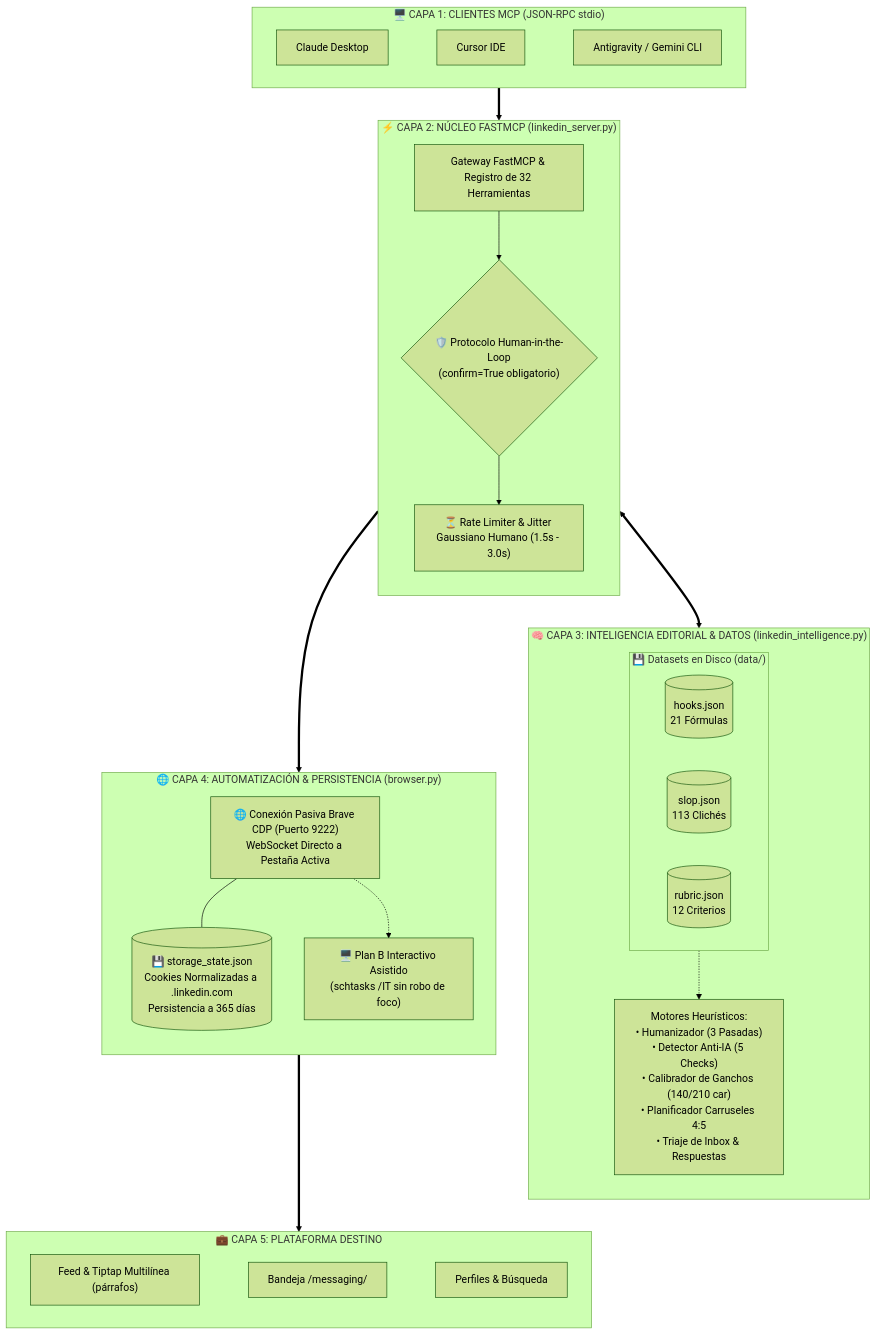
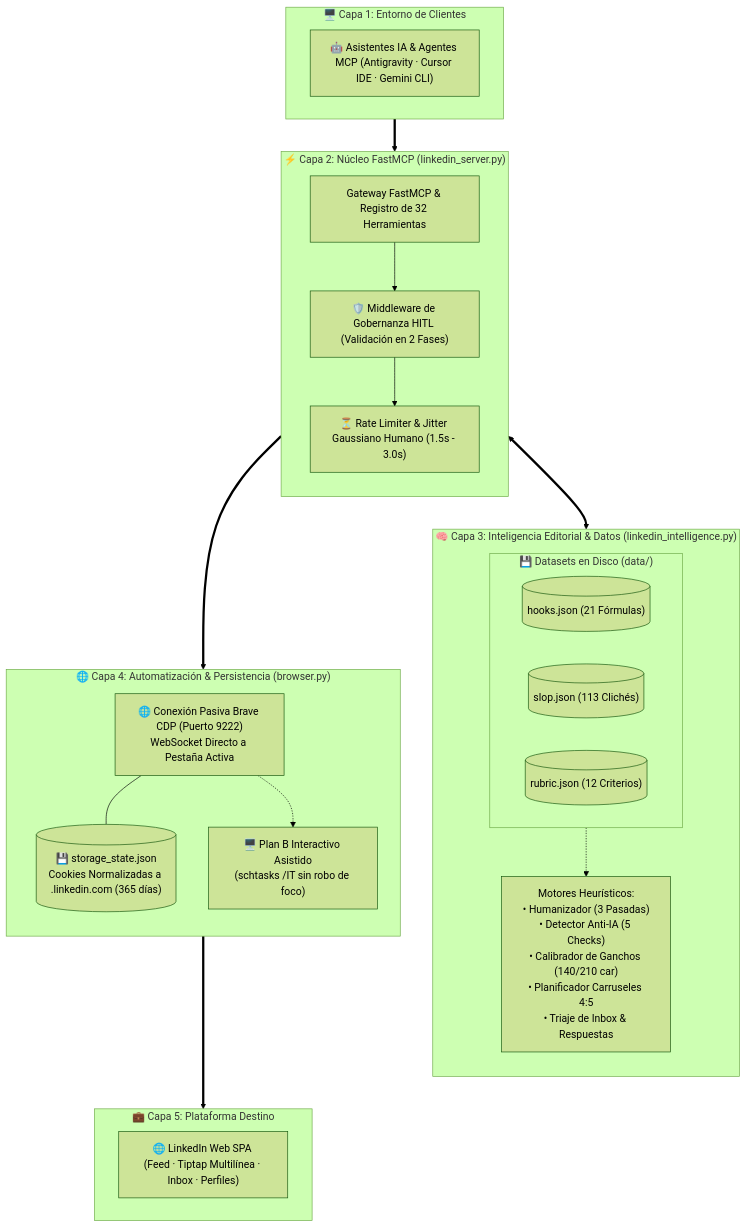
One commit to solari21/mcp-linkedin changed the first of 3 diagrams in GUIA_USO.md. Above: the diagram before and after it, drawn with Mermaid (forest theme). The commit also changed 1 other file, not shown here.

Commit message:
docs(architecture): corregir desborde de texto en Capa 1, eliminar Claude Desktop y sustituir rombo por middleware rectangular

````diff
--- a/GUIA_USO.md
+++ b/GUIA_USO.md
@@ -13,46 +13,44 @@
 ```mermaid
 graph TB
-    subgraph Layer1 ["🖥️ CAPA 1: CLIENTES MCP (JSON-RPC stdio)"]
-        direction LR
-        C1["Claude Desktop"] ~~~ C2["Cursor IDE"] ~~~ C3["Antigravity / Gemini CLI"]
+    subgraph Layer1 ["🖥️ Capa 1: Entorno de Clientes"]
+        Clients["🤖 Asistentes IA & Agentes MCP (Antigravity · Cursor IDE · Gemini CLI)"]
     end
 
-    subgraph Layer2 ["⚡ CAPA 2: NÚCLEO FASTMCP (linkedin_server.py)"]
+    subgraph Layer2 ["⚡ Capa 2: Núcleo FastMCP (linkedin_server.py)"]
         direction TB
         ServerCore["Gateway FastMCP & Registro de 32 Herramientas"]
-        HITLGuard{"🛡️ Protocolo Human-in-the-Loop\n(confirm=True obligatorio)"}
+        HITLGuard["🛡️ Middleware de Gobernanza HITL (Validación en 2 Fases)"]
         Throttler["⏳ Rate Limiter & Jitter Gaussiano Humano (1.5s - 3.0s)"]
         ServerCore --> HITLGuard
         HITLGuard --> Throttler
     end
 
-    subgraph Layer3 ["🧠 CAPA 3: INTELIGENCIA EDITORIAL & DATOS (linkedin_intelligence.py)"]
+    subgraph Layer3 ["🧠 Capa 3: Inteligencia Editorial & Datos (linkedin_intelligence.py)"]
         direction TB
         subgraph Datasets ["💾 Datasets en Disco (data/)"]
-            D1[("hooks.json\n21 Fórmulas")]
-            D2[("slop.json\n113 Clichés")]
-            D3[("rubric.json\n12 Criterios")]
+            D1[("hooks.json (21 Fórmulas)")]
+            D2[("slop.json (113 Clichés)")]
+            D3[("rubric.json (12 Criterios)")]
         end
         Engines["Motores Heurísticos:\n• Humanizador (3 Pasadas)\n• Detector Anti-IA (5 Checks)\n• Calibrador de Ganchos (140/210 car)\n• Planificador Carruseles 4:5\n• Triaje de Inbox & Respuestas"]
         Datasets -.-> Engines
     end
 
-    subgraph Layer4 ["🌐 CAPA 4: AUTOMATIZACIÓN & PERSISTENCIA (browser.py)"]
+    subgraph Layer4 ["🌐 Capa 4: Automatización & Persistencia (browser.py)"]
         direction TB
         CDPManager["🌐 Conexión Pasiva Brave CDP (Puerto 9222)\nWebSocket Directo a Pestaña Activa"]
-        SessionStore[("💾 storage_state.json\nCookies Normalizadas a .linkedin.com\nPersistencia a 365 días")]
+        SessionStore[("💾 storage_state.json\nCookies Normalizadas a .linkedin.com (365 días)")]
         FallbackPlan["🖥️ Plan B Interactivo Asistido\n(schtasks /IT sin robo de foco)"]
         CDPManager --- SessionStore
         CDPManager -.-> FallbackPlan
     end
 
-    subgraph Layer5 ["💼 CAPA 5: PLATAFORMA DESTINO"]
-        direction LR
-        L1["Feed & Tiptap Multilínea (párrafos)"] ~~~ L2["Bandeja /messaging/"] ~~~ L3["Perfiles & Búsqueda"]
+    subgraph Layer5 ["💼 Capa 5: Plataforma Destino"]
+        LinkedInPlatform["🌐 LinkedIn Web SPA (Feed · Tiptap Multilínea · Inbox · Perfiles)"]
     end
 
     Layer1 ==> Layer2
     Layer2 <==> Layer3
     Layer2 ==> Layer4
     Layer4 ==> Layer5
 ```
````
